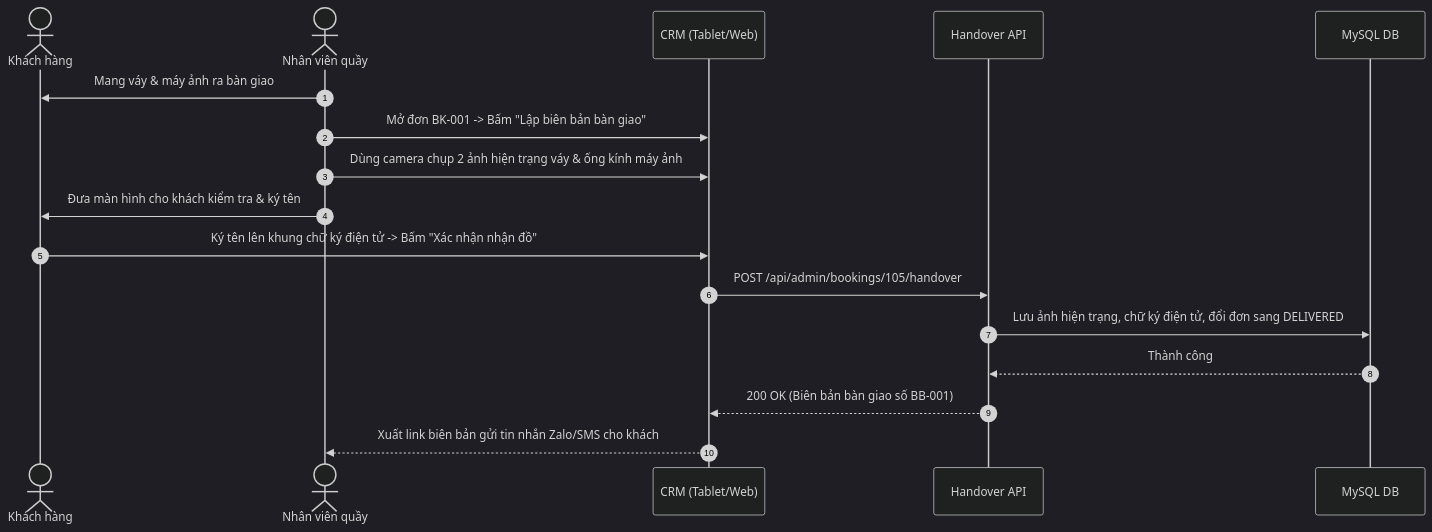
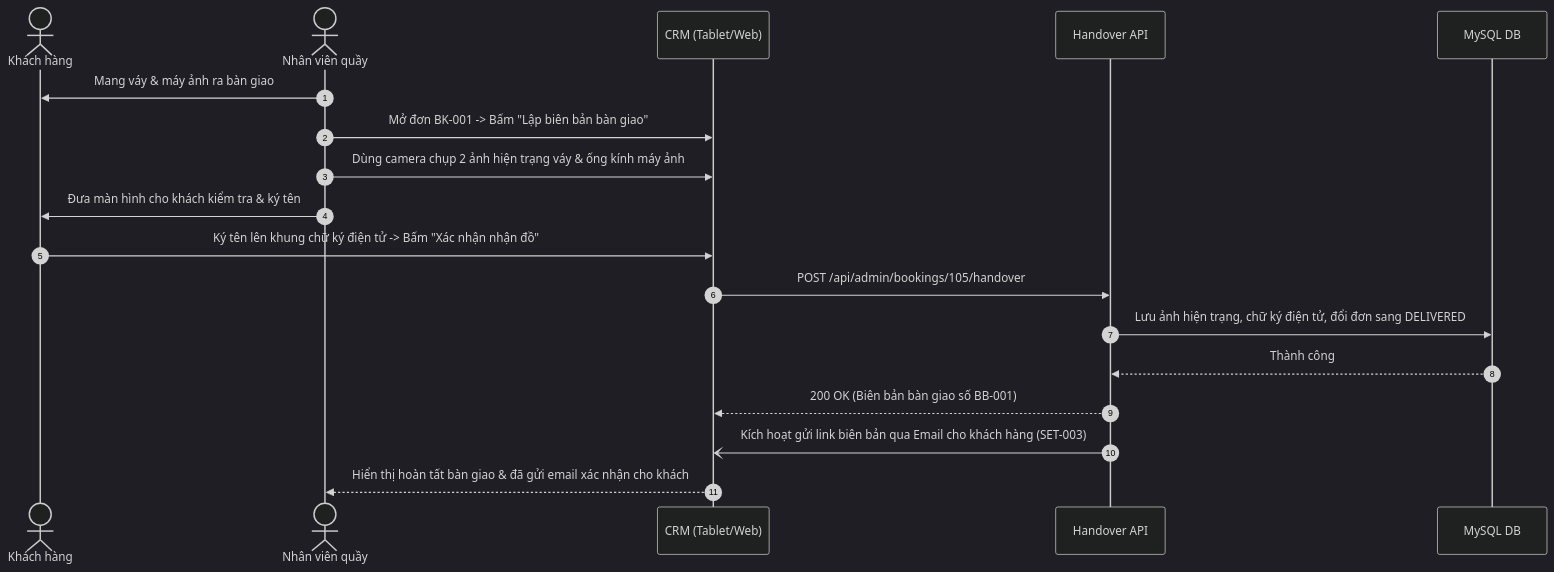
The diagram in docs/features/booking/BOK-009-bien-ban-ban-giao-do-chup-anh.md (Exorcist11/chickie-studio), drawn with Mermaid (dark theme) before and after one commit. The commit also changed other lines of this file and 16 other files, not shown here.

````diff
--- a/docs/features/booking/BOK-009-bien-ban-ban-giao-do-chup-anh.md
+++ b/docs/features/booking/BOK-009-bien-ban-ban-giao-do-chup-anh.md
@@ -48,20 +48,21 @@
 ```mermaid
 sequenceDiagram
     autonumber
     actor Customer as Khách hàng
     actor Staff as Nhân viên quầy
     participant CRM as CRM (Tablet/Web)
     participant API as Handover API
     participant DB as MySQL DB
 
     Staff->>Customer: Mang váy & máy ảnh ra bàn giao
     Staff->>CRM: Mở đơn BK-001 -> Bấm "Lập biên bản bàn giao"
     Staff->>CRM: Dùng camera chụp 2 ảnh hiện trạng váy & ống kính máy ảnh
     Staff->>Customer: Đưa màn hình cho khách kiểm tra & ký tên
     Customer->>CRM: Ký tên lên khung chữ ký điện tử -> Bấm "Xác nhận nhận đồ"
     CRM->>API: POST /api/admin/bookings/105/handover
     API->>DB: Lưu ảnh hiện trạng, chữ ký điện tử, đổi đơn sang DELIVERED
     DB-->>API: Thành công
     API-->>CRM: 200 OK (Biên bản bàn giao số BB-001)
-    CRM-->>Staff: Xuất link biên bản gửi tin nhắn Zalo/SMS cho khách
+    API-)CRM: Kích hoạt gửi link biên bản qua Email cho khách hàng (SET-003)
+    CRM-->>Staff: Hiển thị hoàn tất bàn giao & đã gửi email xác nhận cho khách
 ```
````
